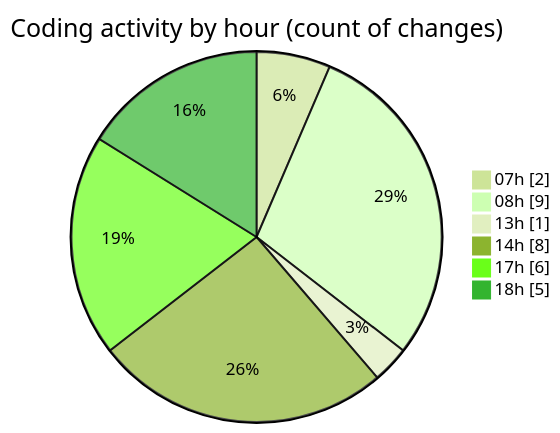
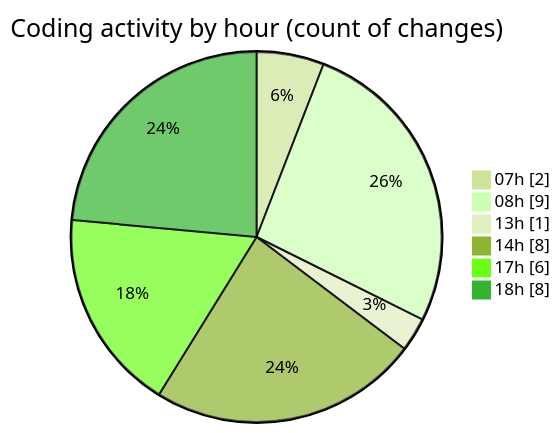
The second of 2 diagrams in 2025-05-14/niten/README.md (Elitesun/code-tracking), drawn with Mermaid (forest theme) before and after one commit. The commit also changed other lines of this file and 1 other file, not shown here.

````diff
--- a/2025-05-14/niten/README.md
+++ b/2025-05-14/niten/README.md
@@ -41,10 +41,10 @@
 ```mermaid
 pie showData
 title Coding activity by hour (count of changes)
 "07h" : 2
 "08h" : 9
 "13h" : 1
 "14h" : 8
 "17h" : 6
-"18h" : 5
+"18h" : 8
 ```
````
